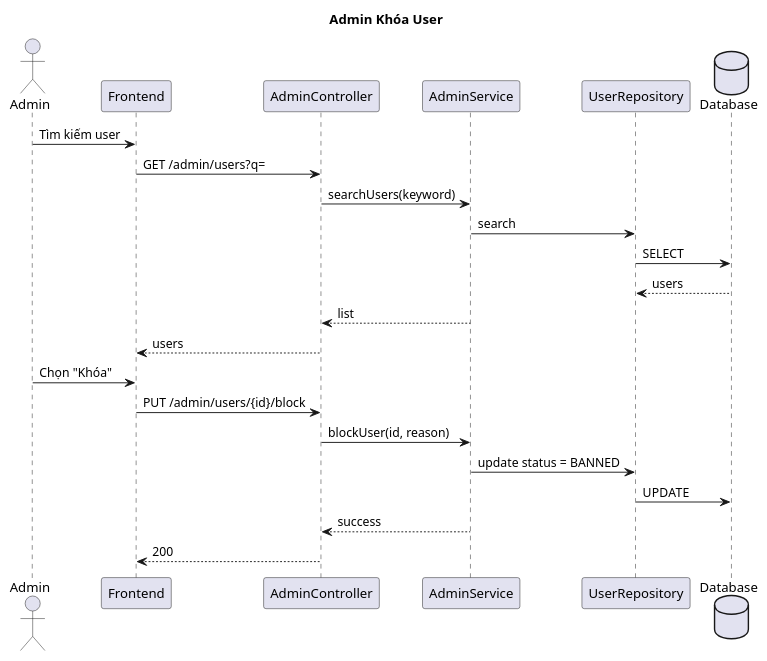
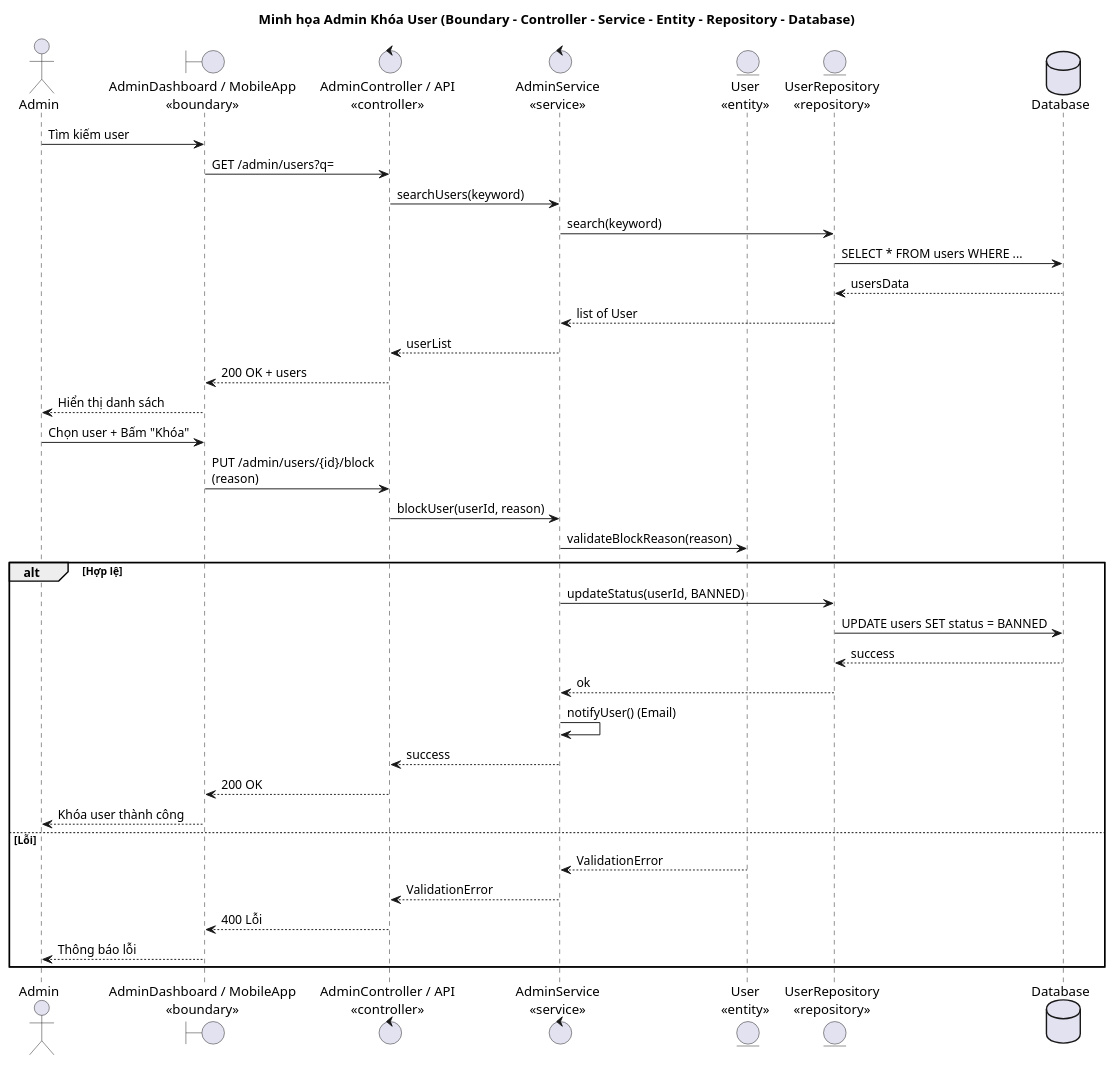
Before and after one commit to BuiThaiBao/Propify: the diagram in docs/sequence-diagram-admin-khoa-tai-khoan.md, drawn with PlantUML. The commit also changed other lines of this file and 12 other files, not shown here.

Commit message:
feat: update sequence diagrams to include detailed interactions and 3-layer architecture representation

````diff
--- a/docs/sequence-diagram-admin-khoa-tai-khoan.md
+++ b/docs/sequence-diagram-admin-khoa-tai-khoan.md
@@ -3,28 +3,43 @@
 ```plantuml
 @startuml
-title Admin Khóa User
+title Minh họa Admin Khóa User (Boundary - Controller - Service - Entity - Repository - Database)
 
 actor "Admin" as Admin
-participant "Frontend" as FE
-participant "AdminController" as Controller
-participant "AdminService" as Service
-participant "UserRepository" as Repo
+boundary "AdminDashboard / MobileApp\n«boundary»" as FE
+control "AdminController / API\n«controller»" as Controller
+control "AdminService\n«service»" as Service
+entity "User\n«entity»" as Entity
+entity "UserRepository\n«repository»" as Repo
 database "Database" as DB
 
 Admin -> FE: Tìm kiếm user
 FE -> Controller: GET /admin/users?q=
 Controller -> Service: searchUsers(keyword)
-Service -> Repo: search
-Repo -> DB: SELECT
-DB --> Repo: users
-Service --> Controller: list
-Controller --> FE: users
-Admin -> FE: Chọn "Khóa"
-FE -> Controller: PUT /admin/users/{id}/block
-Controller -> Service: blockUser(id, reason)
-Service -> Repo: update status = BANNED
-Repo -> DB: UPDATE
-Service --> Controller: success
-Controller --> FE: 200
+Service -> Repo: search(keyword)
+Repo -> DB: SELECT * FROM users WHERE ...
+DB --> Repo: usersData
+Repo --> Service: list of User
+Service --> Controller: userList
+Controller --> FE: 200 OK + users
+FE --> Admin: Hiển thị danh sách
+Admin -> FE: Chọn user + Bấm "Khóa"
+FE -> Controller: PUT /admin/users/{id}/block\n(reason)
+Controller -> Service: blockUser(userId, reason)
+Service -> Entity: validateBlockReason(reason)
+alt Hợp lệ
+  Service -> Repo: updateStatus(userId, BANNED)
+  Repo -> DB: UPDATE users SET status = BANNED
+  DB --> Repo: success
+  Repo --> Service: ok
+  Service -> Service: notifyUser() (Email)
+  Service --> Controller: success
+  Controller --> FE: 200 OK
+  FE --> Admin: Khóa user thành công
+else Lỗi
+  Entity --> Service: ValidationError
+  Service --> Controller: ValidationError
+  Controller --> FE: 400 Lỗi
+  FE --> Admin: Thông báo lỗi
+end
 @enduml
 ```
````
